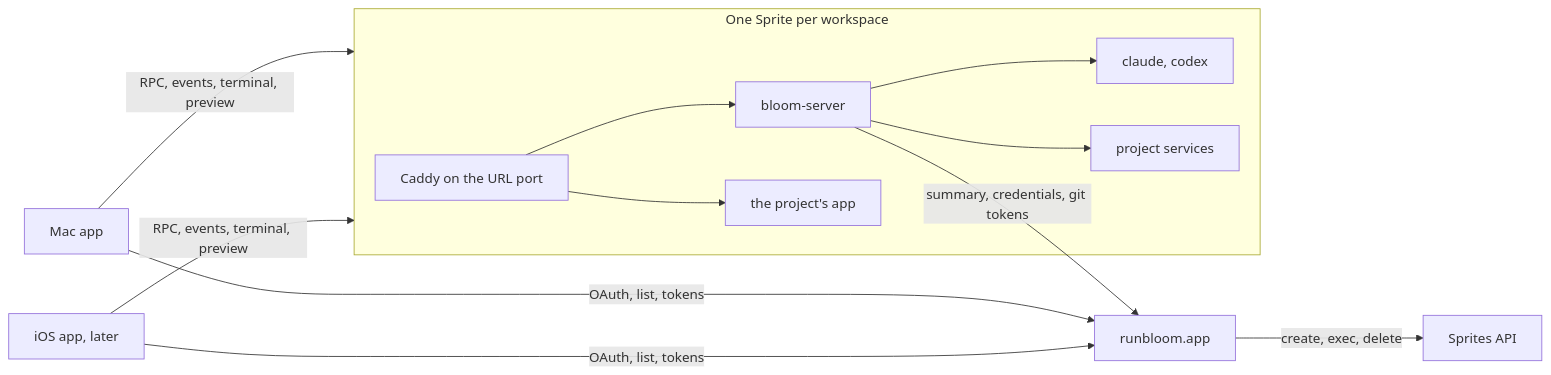
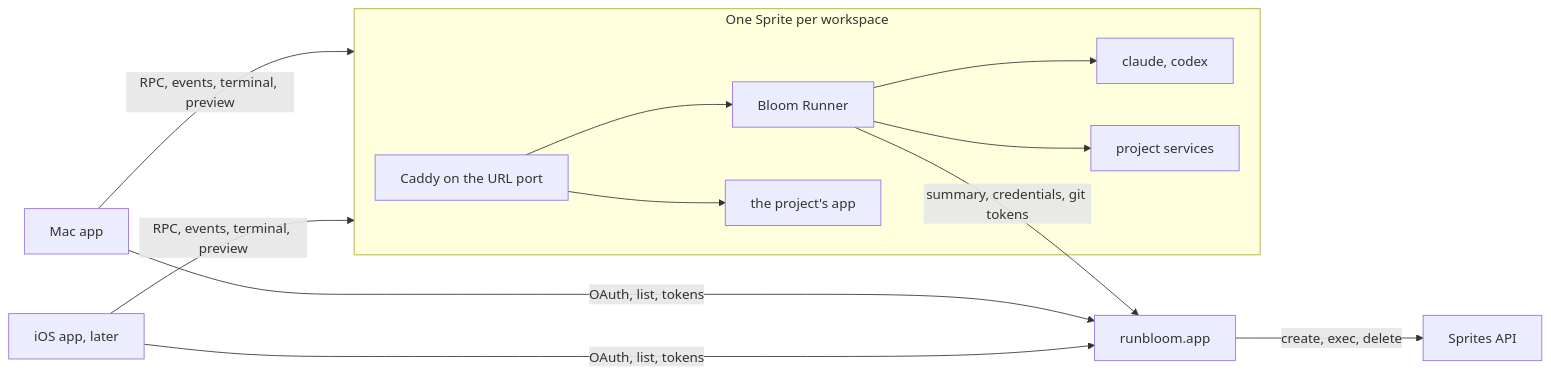
The diagram in docs/REMOTE-WORKSPACES.md (OwnWeb/bloom), drawn with Mermaid before and after one commit. The commit also changed other lines of this file and 121 other files, not shown here.

First line of the commit message:
Rename the program to Bloom Runner, and take a rotated workspace secret

````diff
--- a/docs/REMOTE-WORKSPACES.md
+++ b/docs/REMOTE-WORKSPACES.md
@@ -61,15 +61,15 @@
 ```mermaid
 flowchart LR
     Mac[Mac app] -- OAuth, list, tokens --> Control[runbloom.app]
     iOS[iOS app, later] -- OAuth, list, tokens --> Control
     Mac -- RPC, events, terminal, preview --> Sprite
     iOS -- RPC, events, terminal, preview --> Sprite
     subgraph Sprite[One Sprite per workspace]
-        Front[Caddy on the URL port] --> Server[bloom-server]
+        Front[Caddy on the URL port] --> Server[Bloom Runner]
         Front --> App[the project's app]
         Server --> Agents[claude, codex]
         Server --> Services[project services]
     end
     Server -- summary, credentials, git tokens --> Control
     Control -- create, exec, delete --> Fly[Sprites API]
 ```
````
